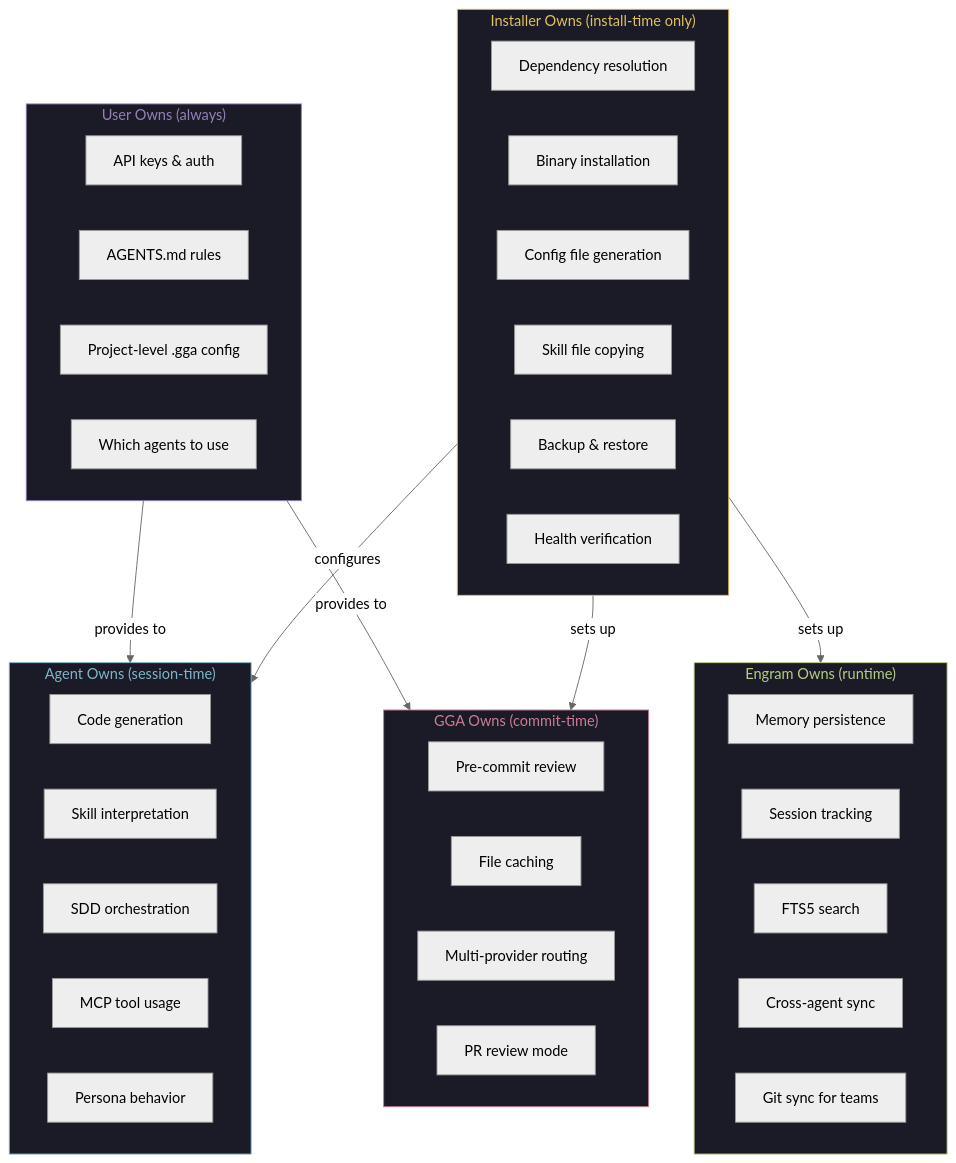
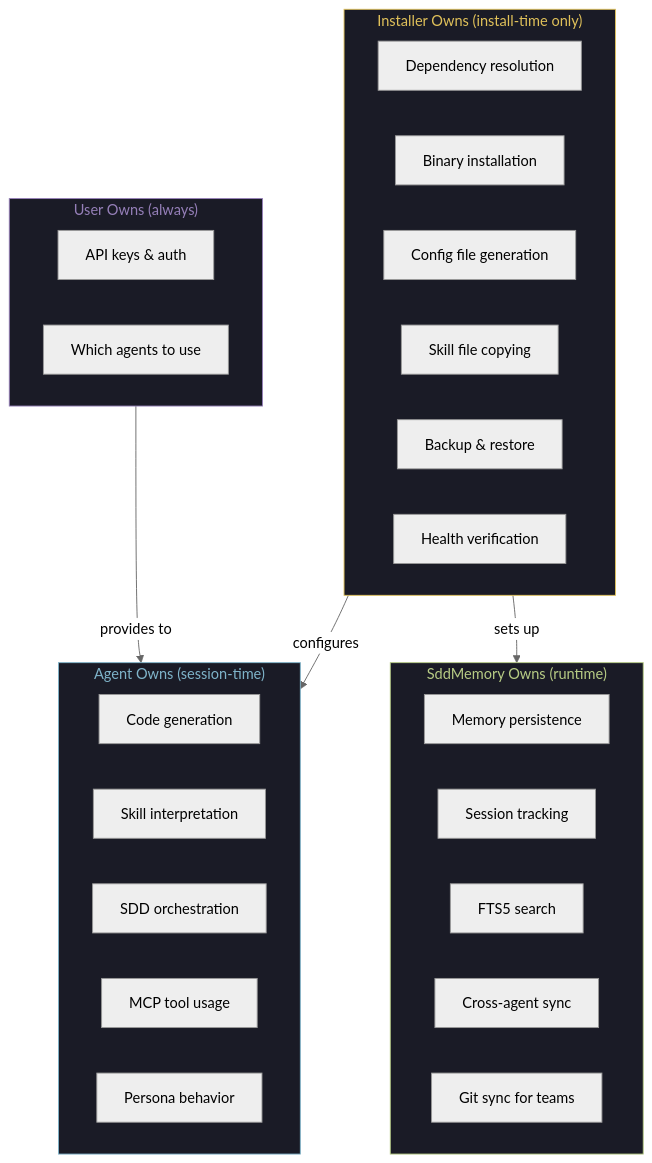
Before and after one commit to KevG1t/SpecAI: the seventh of 7 diagrams in PRD.md, drawn with Mermaid (neutral theme). The commit also changed other lines of this file and 475 other files, not shown here.

````diff
--- a/PRD.md
+++ b/PRD.md
@@ -985,58 +905,45 @@
 ```mermaid
 graph TB
     subgraph INSTALLER_OWNS["Installer Owns (install-time only)"]
         direction LR
         I1[Dependency resolution]
         I2[Binary installation]
         I3[Config file generation]
         I4[Skill file copying]
         I5[Backup & restore]
         I6[Health verification]
     end
 
-    subgraph ENGRAM_OWNS["Engram Owns (runtime)"]
+    subgraph SDD-MEMORY_OWNS["SddMemory Owns (runtime)"]
         direction LR
         E1[Memory persistence]
         E2[Session tracking]
         E3[FTS5 search]
         E4[Cross-agent sync]
         E5[Git sync for teams]
-    end
-
-    subgraph GGA_OWNS["GGA Owns (commit-time)"]
-        direction LR
-        G1[Pre-commit review]
-        G2[File caching]
-        G3[Multi-provider routing]
-        G4[PR review mode]
     end
 
     subgraph AGENT_OWNS["Agent Owns (session-time)"]
         direction LR
         A1[Code generation]
         A2[Skill interpretation]
         A3[SDD orchestration]
         A4[MCP tool usage]
         A5[Persona behavior]
     end
 
     subgraph USER_OWNS["User Owns (always)"]
         direction LR
         U1[API keys & auth]
-        U2[AGENTS.md rules]
-        U3[Project-level .gga config]
         U4[Which agents to use]
     end
 
-    INSTALLER_OWNS -->|"sets up"| ENGRAM_OWNS
-    INSTALLER_OWNS -->|"sets up"| GGA_OWNS
+    INSTALLER_OWNS -->|"sets up"| SDD-MEMORY_OWNS
     INSTALLER_OWNS -->|"configures"| AGENT_OWNS
     USER_OWNS -->|"provides to"| AGENT_OWNS
-    USER_OWNS -->|"provides to"| GGA_OWNS
 
     style INSTALLER_OWNS fill:#1a1b26,stroke:#E0C15A,color:#E0C15A
-    style ENGRAM_OWNS fill:#1a1b26,stroke:#B7CC85,color:#B7CC85
-    style GGA_OWNS fill:#1a1b26,stroke:#CB7C94,color:#CB7C94
+    style SDD-MEMORY_OWNS fill:#1a1b26,stroke:#B7CC85,color:#B7CC85
     style AGENT_OWNS fill:#1a1b26,stroke:#7FB4CA,color:#7FB4CA
     style USER_OWNS fill:#1a1b26,stroke:#957FB8,color:#957FB8
 ```
````
